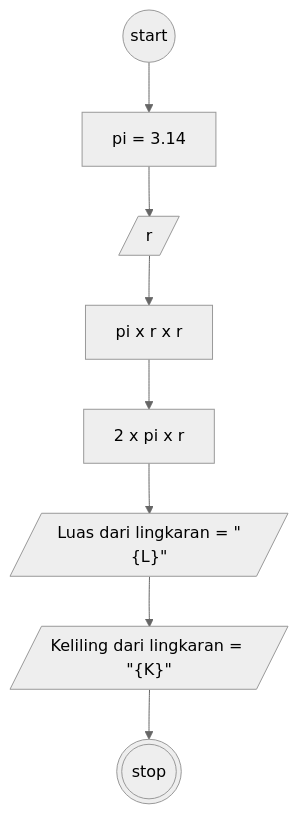
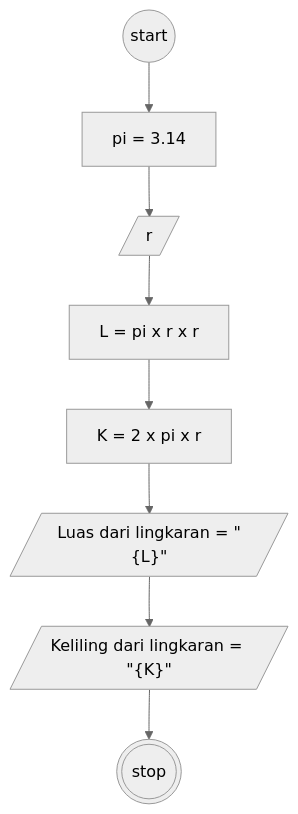
Before and after one commit to bildanjhry/Koda-b8-Javascript1: the diagram in readme.md, drawn with Mermaid (neutral theme).

````diff
--- a/readme.md
+++ b/readme.md
@@ -6,15 +6,15 @@
 ```mermaid
 flowchart TD
 start@{shape: circle, label: "start"}
 pi@{shape:rect, label: "pi = 3.14" }
 r@{shape: lean-r, label: "r"}
-L@{shape: rect, label: "pi x r x r"}
+L@{shape: rect, label: "L = pi x r x r"}
 outL@{shape: lean-r, label : 'Luas dari lingkaran = "{L}"'}
-K@{shape: rect, label: "2 x pi x r"}
+K@{shape: rect, label: "K = 2 x pi x r"}
 outK@{shape: lean-r, label: 'Keliling dari lingkaran = "{K}"'}
 finnish@{shape: double-circle, label: "stop"}
 
 start-->pi-->r-->L-->K-->outL-->outK-->finnish
 
 
 ```
````
